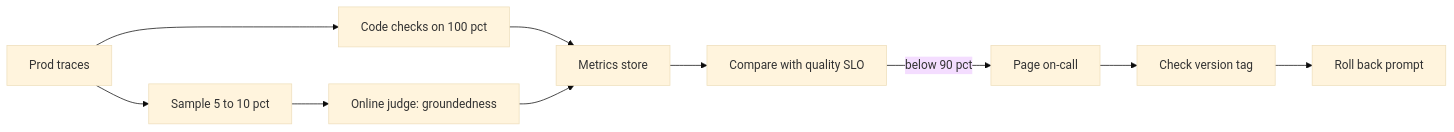
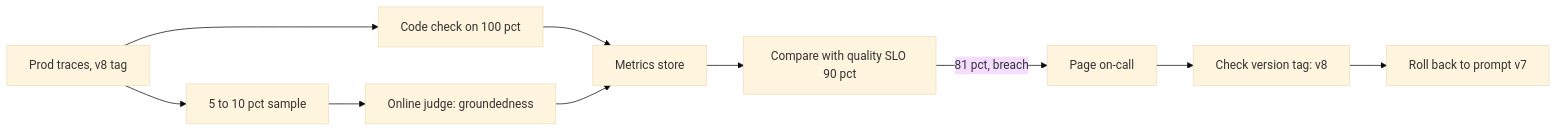
One commit to flow6979/viewinter changed the fifth of 7 diagrams in content-en/11-agentic/10-agent-observability.md. Above: the diagram before and after it, drawn with Mermaid (base theme). The commit also changed other lines of this file and 26 other files, not shown here.

First line of the commit message:
Agentic AI: rewrite all 13 pages to explain from scratch; animate diagrams on every article

````diff
--- a/content-en/11-agentic/10-agent-observability.md
+++ b/content-en/11-agentic/10-agent-observability.md
@@ -278,12 +480,12 @@
 ```mermaid
 flowchart LR
-    TR["Prod traces"] --> CC["Code checks on 100 pct"]
-    TR --> SM["Sample 5 to 10 pct"]
+    TR["Prod traces, v8 tag"] --> CC["Code check on 100 pct"]
+    TR --> SM["5 to 10 pct sample"]
     SM --> JD["Online judge: groundedness"]
     CC --> MT["Metrics store"]
     JD --> MT
-    MT --> TH["Compare with quality SLO"]
-    TH -->|below 90 pct| AL["Page on-call"]
-    AL --> VR["Check version tag"]
-    VR --> RB["Roll back prompt"]
+    MT --> TH["Compare with quality SLO 90 pct"]
+    TH -->|81 pct, breach| AL["Page on-call"]
+    AL --> VR["Check version tag: v8"]
+    VR --> RB["Roll back to prompt v7"]
 ```
````
